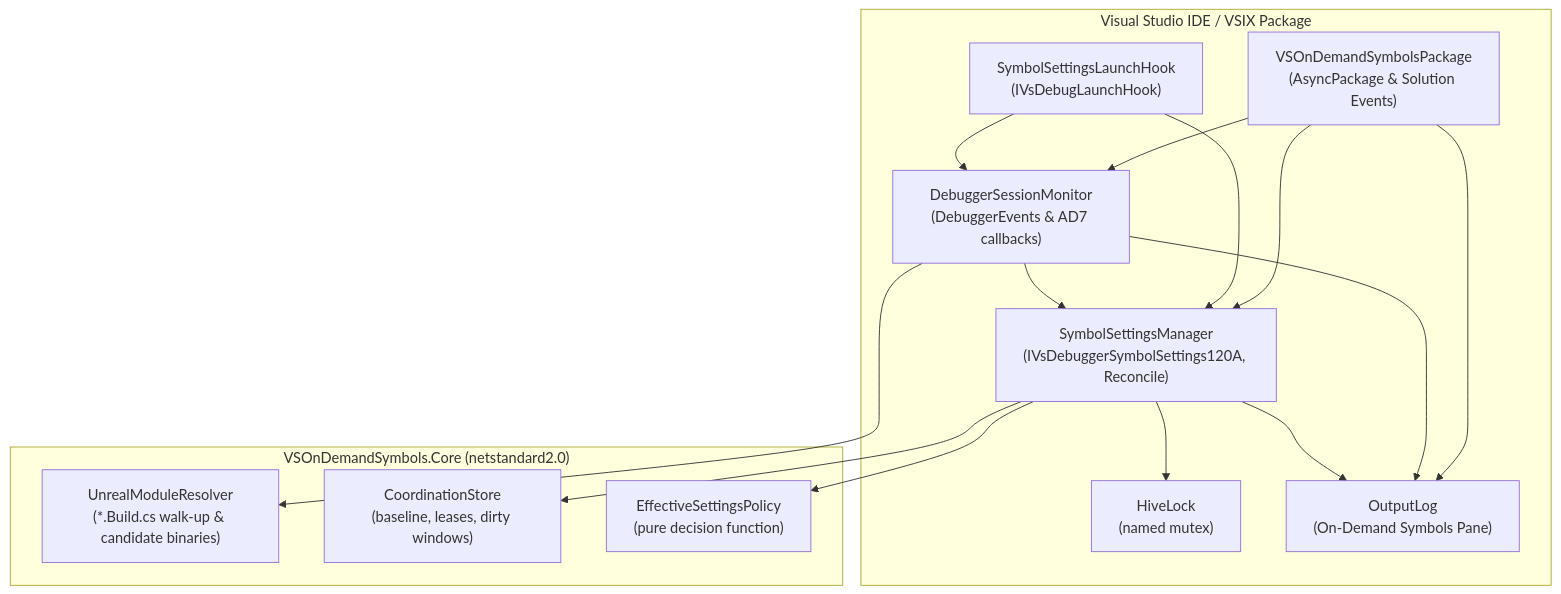
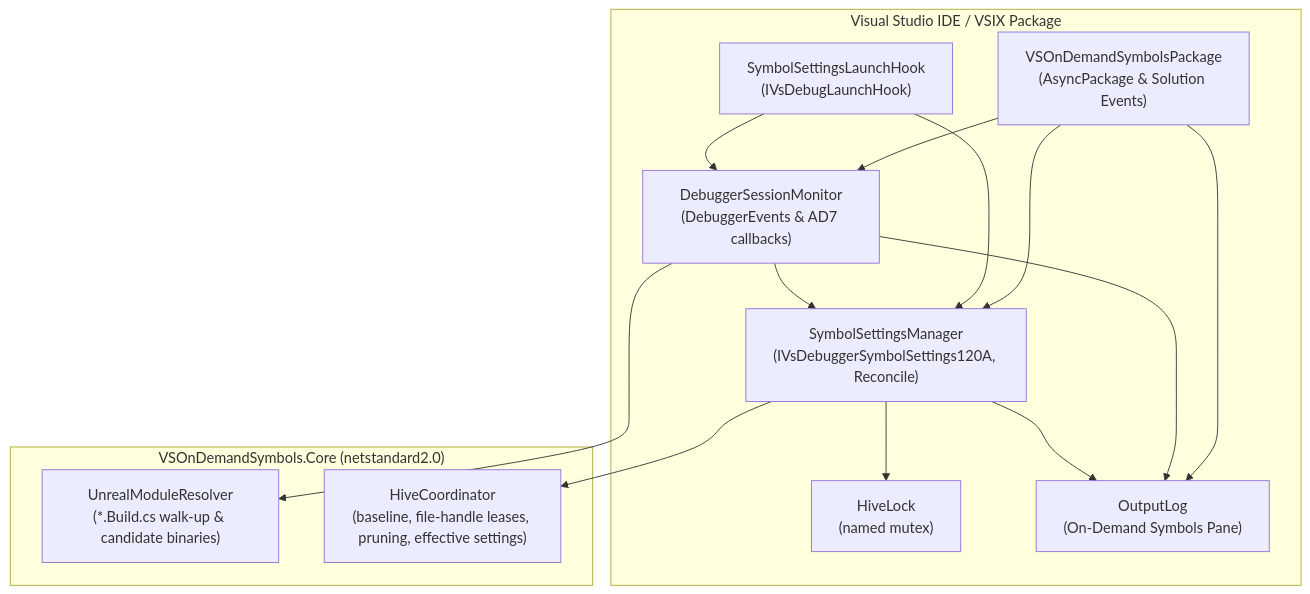
Before and after one commit to mattshepcar/VSOnDemandSymbols: the first of 6 diagrams in docs/ARCHITECTURE.md, drawn with Mermaid. The commit also changed other lines of this file and 15 other files, not shown here.

Commit message:
refactor(core): simplify multi-instance coordination to Option A with kernel file-handle locks

````diff
--- a/docs/ARCHITECTURE.md
+++ b/docs/ARCHITECTURE.md
@@ -59,32 +58,30 @@
 ```mermaid
 flowchart TD
     subgraph VS_IDE["Visual Studio IDE / VSIX Package"]
         PKG["VSOnDemandSymbolsPackage<br/>(AsyncPackage & Solution Events)"]
         HOOK["SymbolSettingsLaunchHook<br/>(IVsDebugLaunchHook)"]
         SSM["SymbolSettingsManager<br/>(IVsDebuggerSymbolSettings120A, Reconcile)"]
         LOCK["HiveLock<br/>(named mutex)"]
         DSM["DebuggerSessionMonitor<br/>(DebuggerEvents & AD7 callbacks)"]
         OUT["OutputLog<br/>(On-Demand Symbols Pane)"]
     end
 
     subgraph CORE_LIB["VSOnDemandSymbols.Core (netstandard2.0)"]
         UMR["UnrealModuleResolver<br/>(*.Build.cs walk-up & candidate binaries)"]
-        STORE["CoordinationStore<br/>(baseline, leases, dirty windows)"]
-        POL["EffectiveSettingsPolicy<br/>(pure decision function)"]
+        COORD["HiveCoordinator<br/>(baseline, file-handle leases, pruning, effective settings)"]
     end
 
     PKG --> SSM
     PKG --> DSM
     PKG --> OUT
     HOOK --> DSM
     HOOK --> SSM
 
     DSM --> UMR
     DSM --> SSM
     DSM --> OUT
 
     SSM --> LOCK
-    SSM --> STORE
-    SSM --> POL
+    SSM --> COORD
     SSM --> OUT
 ```
````
